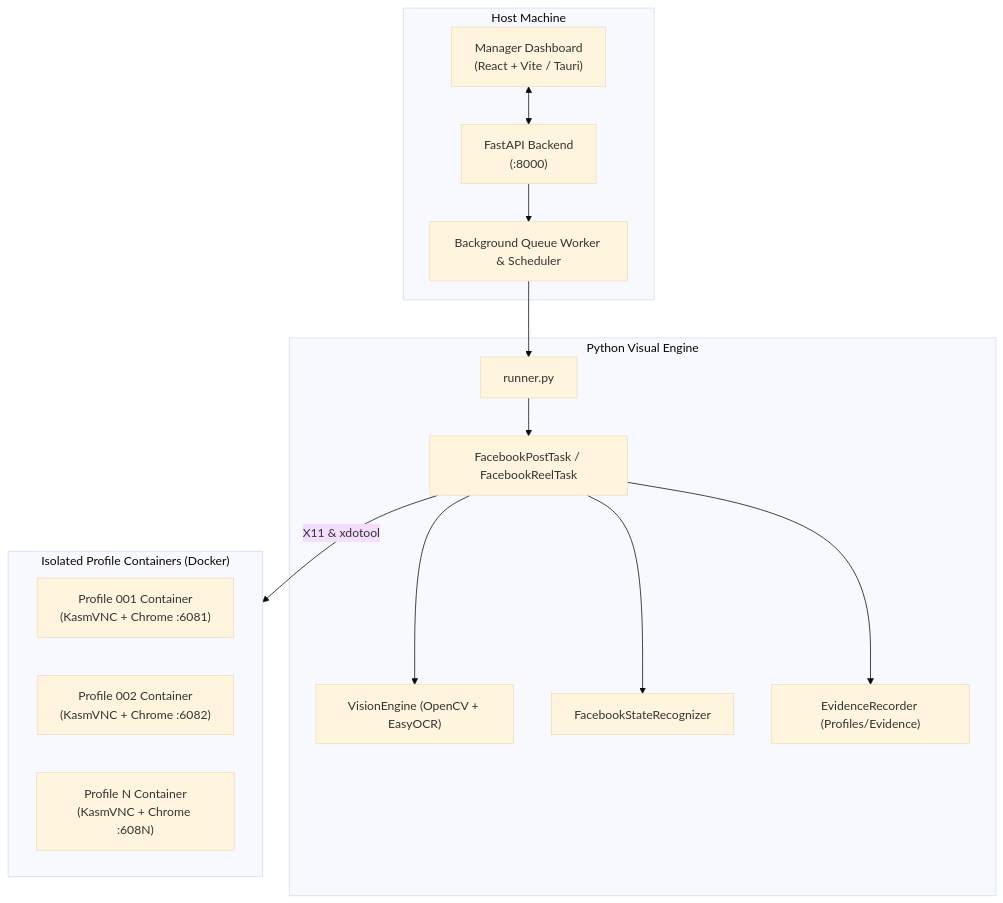
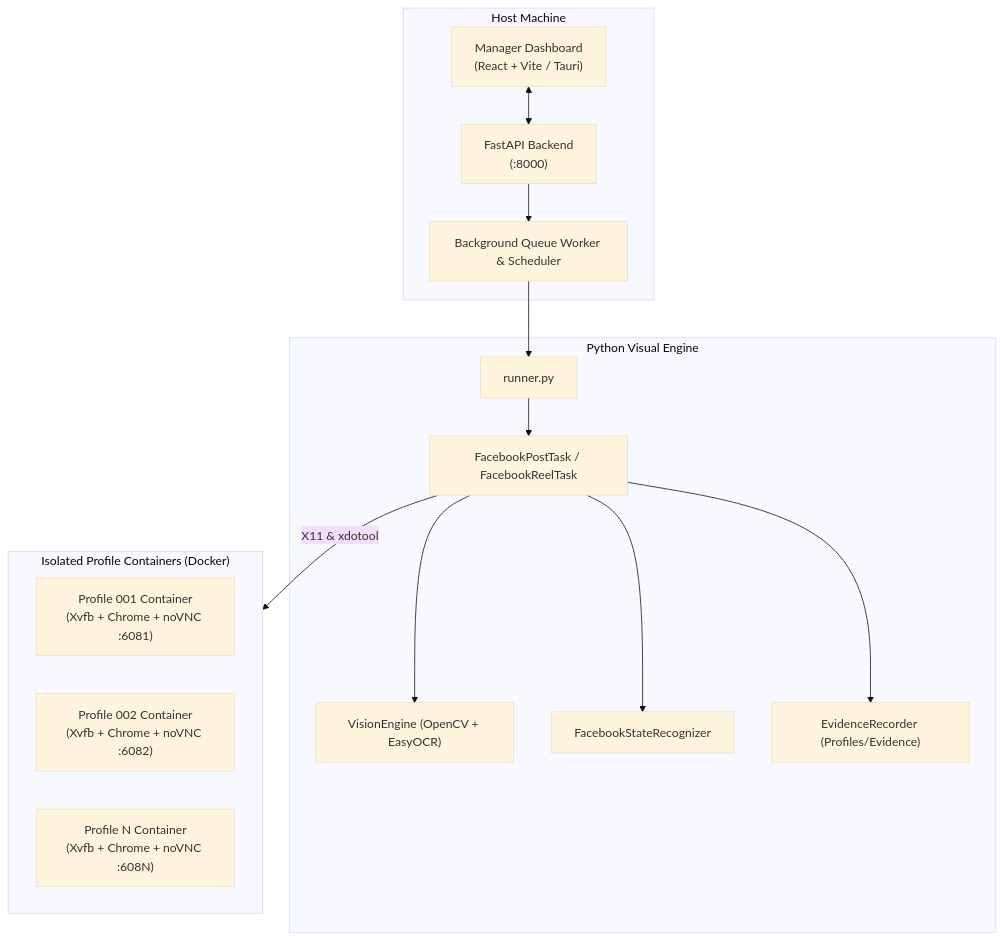
One commit to rathana-pvs/anti_bot_browser changed the diagram in README.md. Above: the diagram before and after it, drawn with Mermaid (base theme). The commit also changed other lines of this file and 44 other files, not shown here.

Commit message:
feat: add batch post appending, improve resource modes, profile pipeline scheduling, and VNC viewer

````diff
--- a/README.md
+++ b/README.md
@@ -45,31 +45,31 @@
 ```mermaid
 flowchart TD
     subgraph Host["Host Machine"]
         ManagerApp["Manager Dashboard<br/>(React + Vite / Tauri)"]
         Backend["FastAPI Backend<br/>(:8000)"]
         QueueWorker["Background Queue Worker & Scheduler"]
     end
 
     subgraph Automation["Python Visual Engine"]
         Runner["runner.py"]
         Vision["VisionEngine (OpenCV + EasyOCR)"]
         Recognizer["FacebookStateRecognizer"]
         Evidence["EvidenceRecorder (Profiles/Evidence)"]
         Tasks["FacebookPostTask / FacebookReelTask"]
     end
 
     subgraph Containers["Isolated Profile Containers (Docker)"]
-        Profile1["Profile 001 Container<br/>(KasmVNC + Chrome :6081)"]
-        Profile2["Profile 002 Container<br/>(KasmVNC + Chrome :6082)"]
-        ProfileN["Profile N Container<br/>(KasmVNC + Chrome :608N)"]
+        Profile1["Profile 001 Container<br/>(Xvfb + Chrome + noVNC :6081)"]
+        Profile2["Profile 002 Container<br/>(Xvfb + Chrome + noVNC :6082)"]
+        ProfileN["Profile N Container<br/>(Xvfb + Chrome + noVNC :608N)"]
     end
 
     ManagerApp <--> Backend
     Backend --> QueueWorker
     QueueWorker --> Runner
     Runner --> Tasks
     Tasks --> Vision
     Tasks --> Recognizer
     Tasks --> Evidence
     Tasks -- "X11 & xdotool" --> Containers
 ```
````
